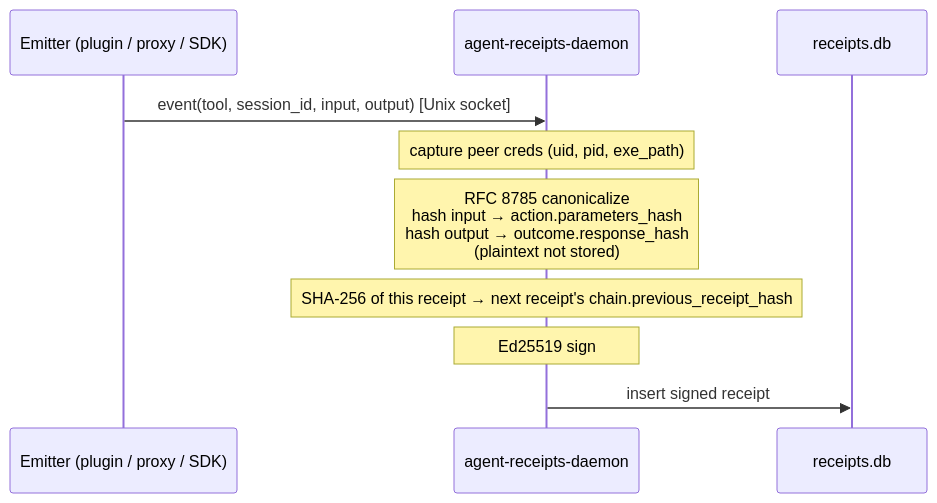
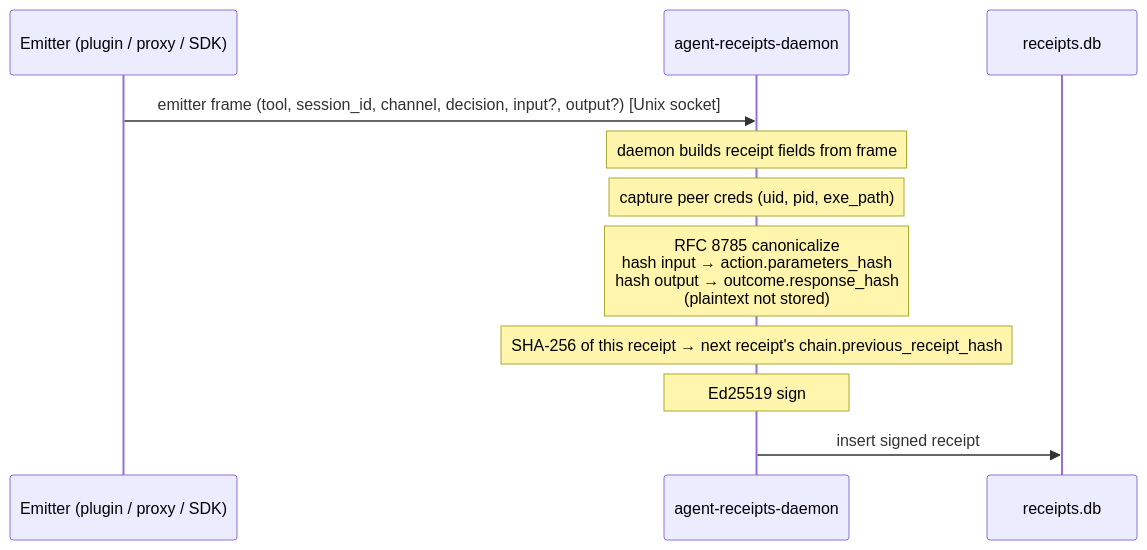
The diagram in site/src/content/docs/specification/how-it-works.mdx (agent-receipts/ar), drawn with Mermaid before and after one commit. The commit also changed 3 other files, not shown here.

First line of the commit message:
docs(site): fix four diagram issues per Copilot review on PR #398 round 4

````diff
--- a/site/src/content/docs/specification/how-it-works.mdx
+++ b/site/src/content/docs/specification/how-it-works.mdx
@@ -93,13 +93,14 @@
 ```mermaid
 sequenceDiagram
   participant E as Emitter (plugin / proxy / SDK)
   participant D as agent-receipts-daemon
   participant DB as receipts.db
 
-  E->>D: event(tool, session_id, input, output) [Unix socket]
+  E->>D: emitter frame (tool, session_id, channel, decision, input?, output?) [Unix socket]
+  Note over D: daemon builds receipt fields from frame
   Note over D: capture peer creds (uid, pid, exe_path)
   Note over D: RFC 8785 canonicalize<br/>hash input → action.parameters_hash<br/>hash output → outcome.response_hash<br/>(plaintext not stored)
   Note over D: SHA-256 of this receipt → next receipt's chain.previous_receipt_hash
   Note over D: Ed25519 sign
   D->>DB: insert signed receipt
 ```
````
